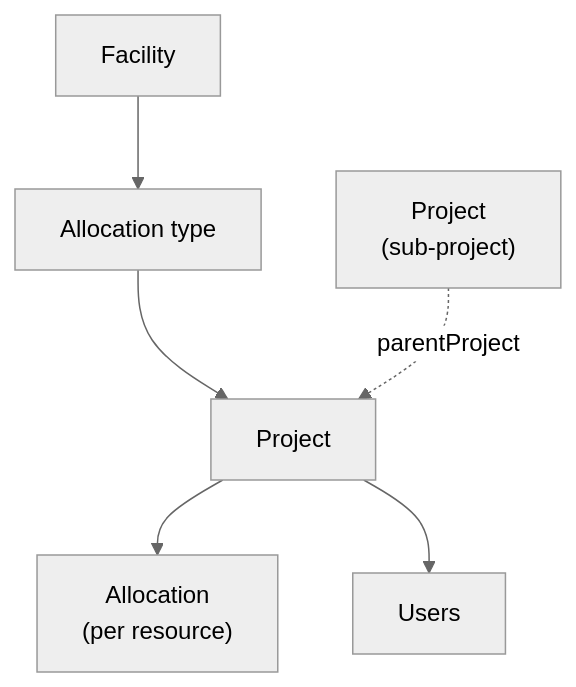
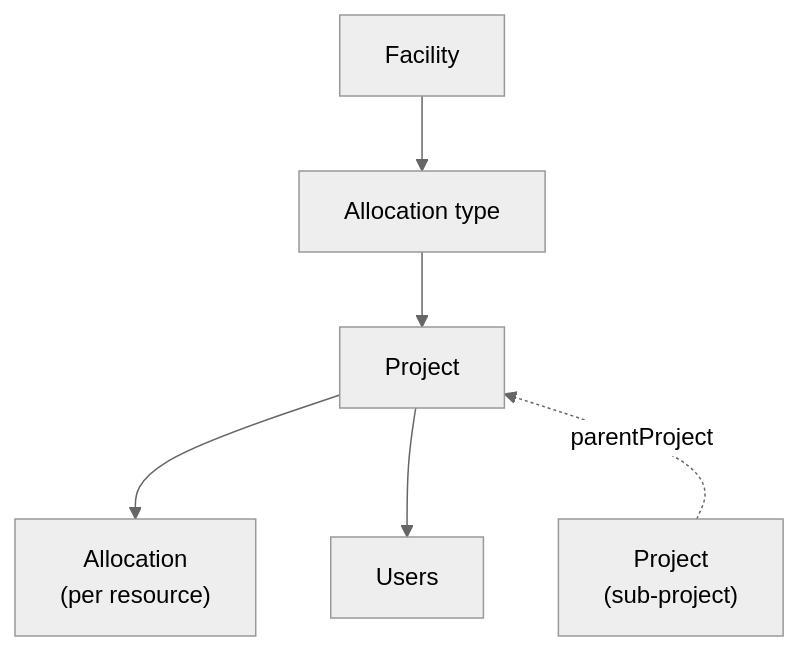
The first of 2 diagrams in docs/sam_and_pbs/sam_and_pbs.qmd (benkirk/quarto-docs-framework), drawn with Mermaid (neutral theme) before and after one commit.

Commit message:
sam_and_pbs: redraw the SAM data-model diagram
Mermaid renders flowchart self-loops as a sprawling arc with a
detached label, so parentProject becomes a distinct "Project
(sub-project)" node with a dashed edge into Project -- which also
states the model more accurately: a child project references its
parent. Arrange the graph top-down and pair it with the bullets in a
two-column layout (the previous full-width placement overflowed the
slide), and rank the sub-project *below* Project via an invisible
edge so the layout itself implies the project tree: dagre breaks the
P ~~~ CP / CP -.-> P cycle by keeping the child underneath while the
dashed arrow still points up at the parent.

````diff
--- a/docs/sam_and_pbs/sam_and_pbs.qmd
+++ b/docs/sam_and_pbs/sam_and_pbs.qmd
@@ -29,9 +29,10 @@
 ```{mermaid}
 %%| fig-width: 5
 graph TD
     F[Facility] --> AT[Allocation type]
     AT --> P[Project]
     P --> RA["Allocation<br/>(per resource)"]
     P --> U[Users]
-    CP["Project<br/>(sub-project)"] -. parentProject .-> P
+    P ~~~ CP["Project<br/>(sub-project)"]
+    CP -. parentProject .-> P
 ```
````
